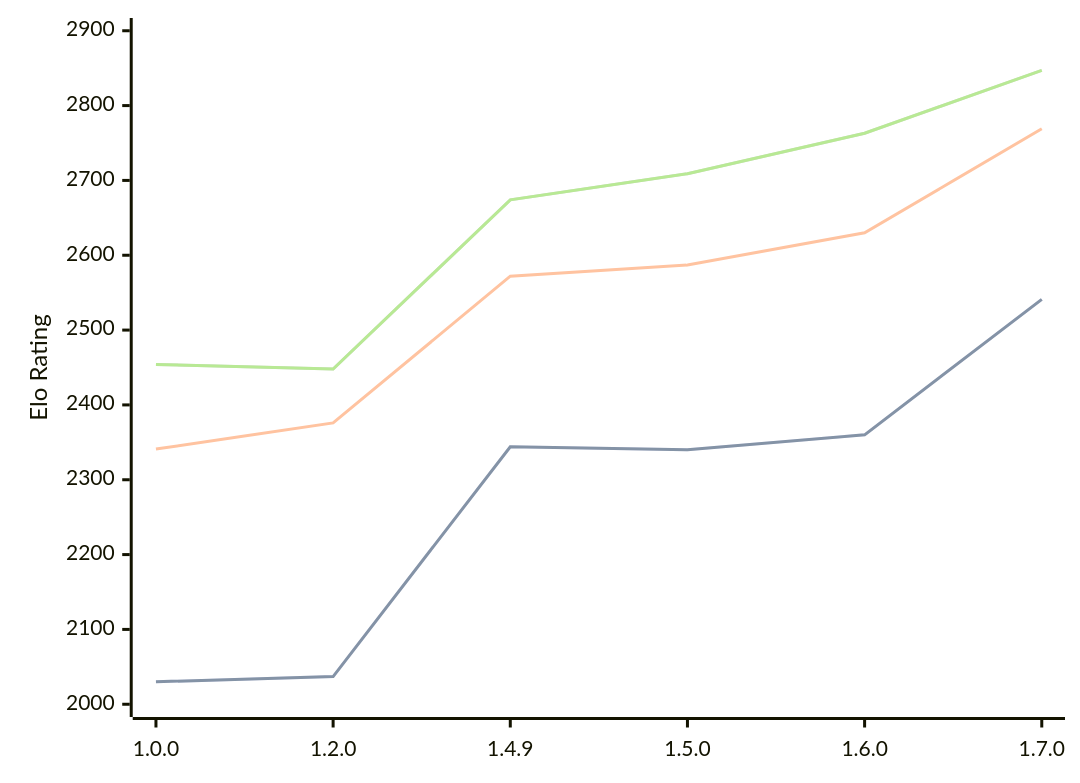
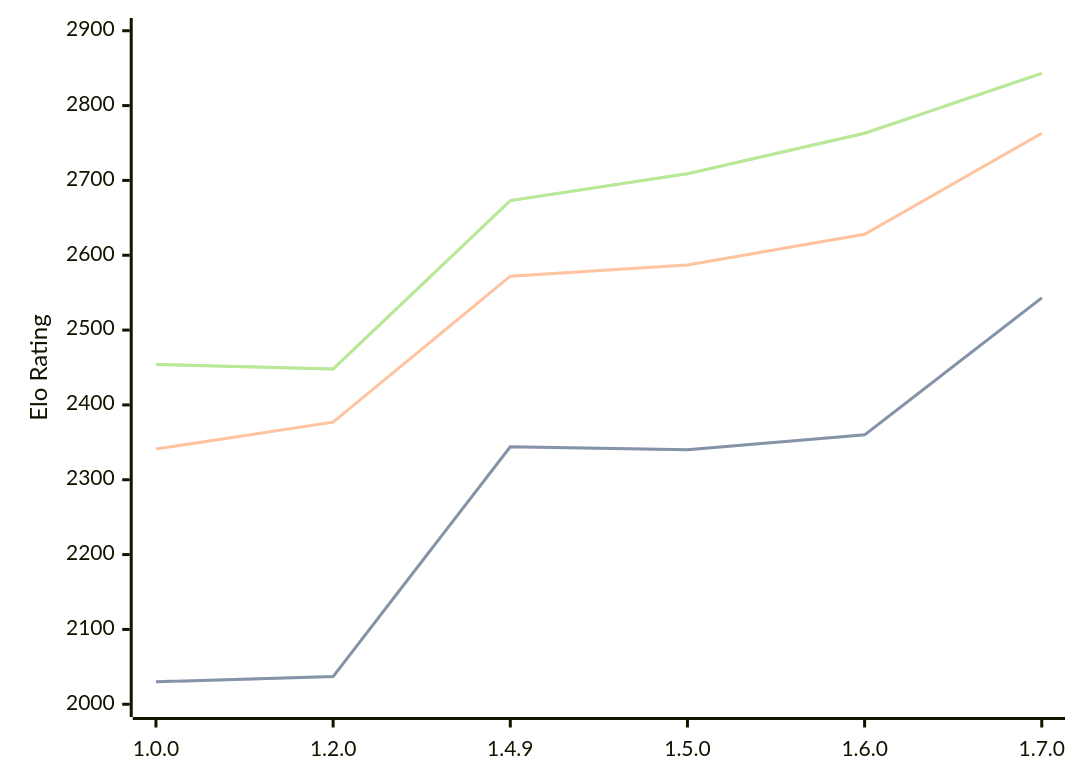
One commit to computer-chess-index/cci changed the first of 3 diagrams in engines/Basilisk.md. Above: the diagram before and after it, drawn with Mermaid. The commit also changed other lines of this file, not shown here.

Commit message:
Update CCI Ratings (ELO VLTC) - 2026-07-07

````diff
--- a/engines/Basilisk.md
+++ b/engines/Basilisk.md
@@ -50,11 +50,11 @@
 ```mermaid
 %%{init: {"theme":"base","themeVariables":{"seriesColors:['#a3a3a3','#222221','#faa371']}}}%%
 xychart-beta
   x-axis ["1.0.0", "1.2.0", "1.4.9", "1.5.0", "1.6.0", "1.7.0"]
   y-axis "Elo Rating" 2000 --> 2900
-  line "STC (8.0+0.08s)" [2030, 2037, 2344, 2340, 2360, 2541]
-  line "STC (8.0+0.08s)" [2030, 2037, 2344, 2340, 2360, 2541]
-  line "LTC (60.0+0.60s)" [2341, 2376, 2572, 2587, 2630, 2769]
-  line "VLTC (2m24s+1.12s)" [2454, 2448, 2674, 2709, 2763, 2847]
-  line "VLTC (2m24s+1.12s)" [2454, 2448, 2674, 2709, 2763, 2847]
+  line "STC (8.0+0.08s)" [2030, 2037, 2344, 2340, 2360, 2543]
+  line "STC (8.0+0.08s)" [2030, 2037, 2344, 2340, 2360, 2543]
+  line "LTC (60.0+0.60s)" [2341, 2377, 2572, 2587, 2628, 2763]
+  line "VLTC (2m24s+1.12s)" [2454, 2448, 2673, 2709, 2763, 2843]
+  line "VLTC (2m24s+1.12s)" [2454, 2448, 2673, 2709, 2763, 2843]
 ```
````
